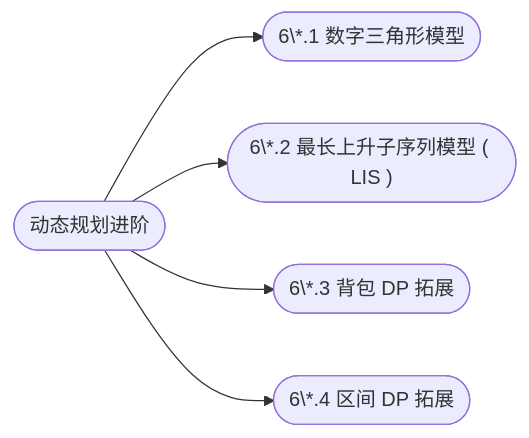
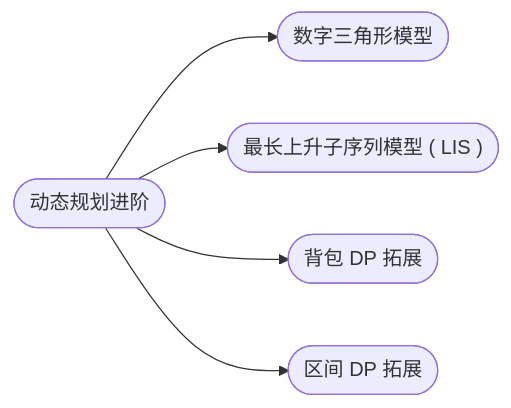
One commit to cuberxl/Coders-Note changed the diagram in 6*-动态规划进阶/index.md. Above: the diagram before and after it, drawn with Mermaid. The commit also changed 11 other files, not shown here.

````diff
--- a/6*-动态规划进阶/index.md
+++ b/6*-动态规划进阶/index.md
@@ -24,8 +24,8 @@
 ```mermaid
 flowchart LR
     R(["动态规划进阶"])
-    R --> N1(["6\*.1 数字三角形模型"])
-    R --> N2(["6\*.2 最长上升子序列模型 ( LIS )"])
-    R --> N3(["6\*.3 背包 DP 拓展"])
-    R --> N4(["6\*.4 区间 DP 拓展"])
+    R --> N1(["数字三角形模型"])
+    R --> N2(["最长上升子序列模型 ( LIS )"])
+    R --> N3(["背包 DP 拓展"])
+    R --> N4(["区间 DP 拓展"])
 ```
````
